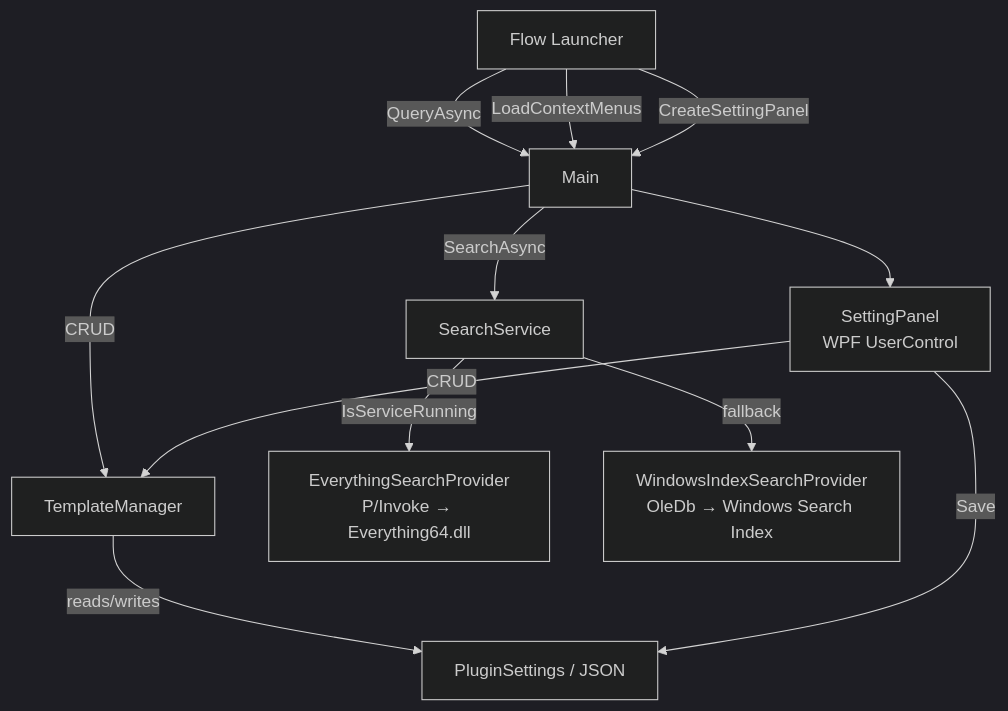
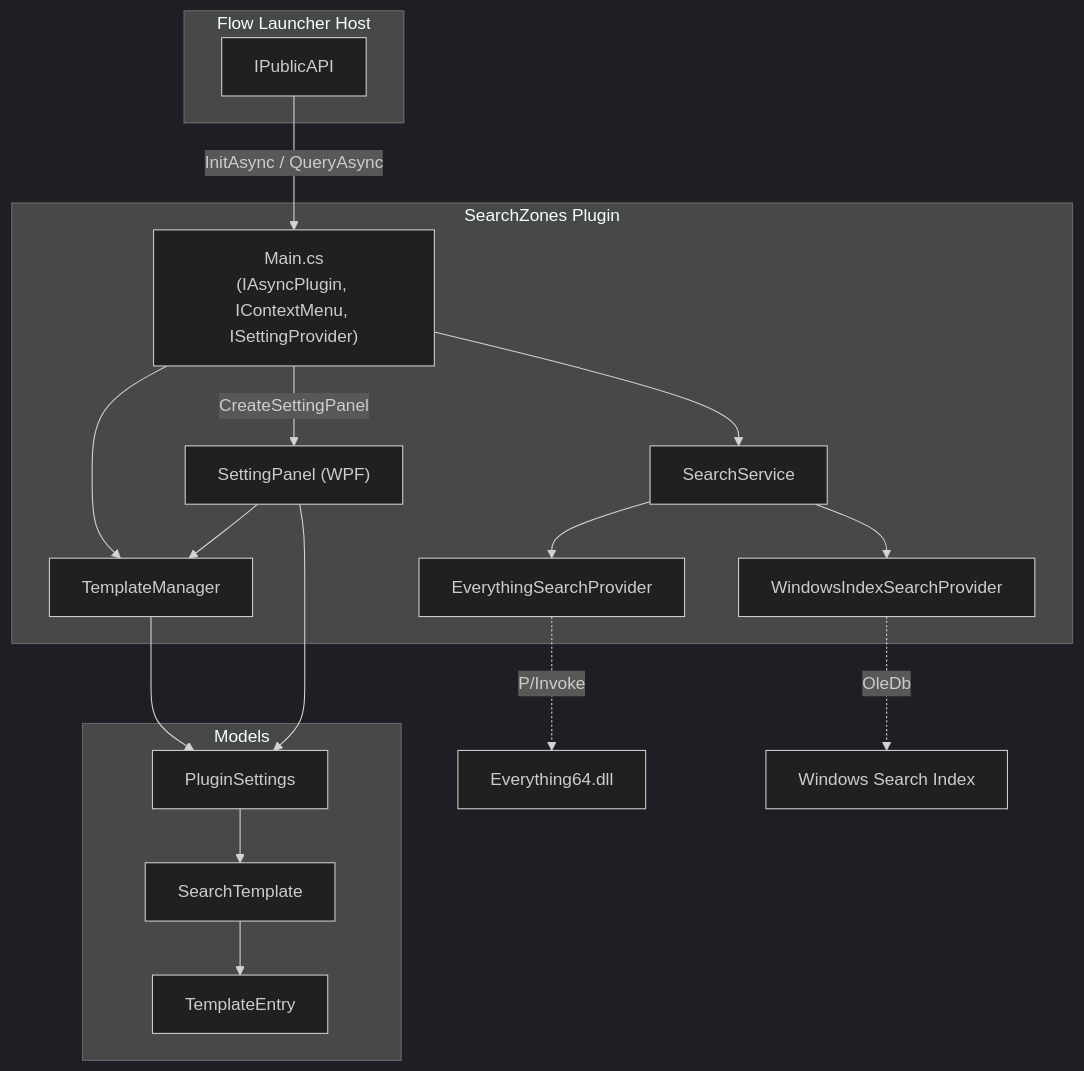
The first of 3 diagrams in codebase-analysis-docs/CODEBASE_KNOWLEDGE.md (suly520/Flow.Launcher.Plugin.SearchZones), drawn with Mermaid (dark theme) before and after one commit. The commit also changed other lines of this file and 8 other files, not shown here.

````diff
--- a/codebase-analysis-docs/CODEBASE_KNOWLEDGE.md
+++ b/codebase-analysis-docs/CODEBASE_KNOWLEDGE.md
@@ -120,17 +60,35 @@
 ```mermaid
 graph TD
-    FL[Flow Launcher] -->|QueryAsync| Main
-    FL -->|LoadContextMenus| Main
-    FL -->|CreateSettingPanel| Main
+    subgraph FlowLauncher["Flow Launcher Host"]
+        FL_API["IPublicAPI"]
+    end
 
-    Main -->|CRUD| TM[TemplateManager]
-    Main -->|SearchAsync| SS[SearchService]
-    TM -->|reads/writes| PS[PluginSettings / JSON]
+    subgraph Plugin["SearchZones Plugin"]
+        Main["Main.cs<br/>(IAsyncPlugin, IContextMenu, ISettingProvider)"]
+        TM["TemplateManager"]
+        SS["SearchService"]
+        ESP["EverythingSearchProvider"]
+        WISP["WindowsIndexSearchProvider"]
+        UI["SettingPanel (WPF)"]
+    end
 
-    SS -->|IsServiceRunning| ESP[EverythingSearchProvider<br/>P/Invoke → Everything64.dll]
-    SS -->|fallback| WISP[WindowsIndexSearchProvider<br/>OleDb → Windows Search Index]
+    subgraph Models
+        PS["PluginSettings"]
+        ST["SearchTemplate"]
+        TE["TemplateEntry"]
+    end
 
-    Main --> UI[SettingPanel<br/>WPF UserControl]
-    UI -->|CRUD| TM
-    UI -->|Save| PS
+    FL_API -->|InitAsync / QueryAsync| Main
+    Main --> TM
+    Main --> SS
+    TM --> PS
+    SS --> ESP
+    SS --> WISP
+    ESP -.->|P/Invoke| EverythingDLL["Everything64.dll"]
+    WISP -.->|OleDb| WinIndex["Windows Search Index"]
+    Main -->|CreateSettingPanel| UI
+    UI --> TM
+    UI --> PS
+    PS --> ST
+    ST --> TE
 ```
````
